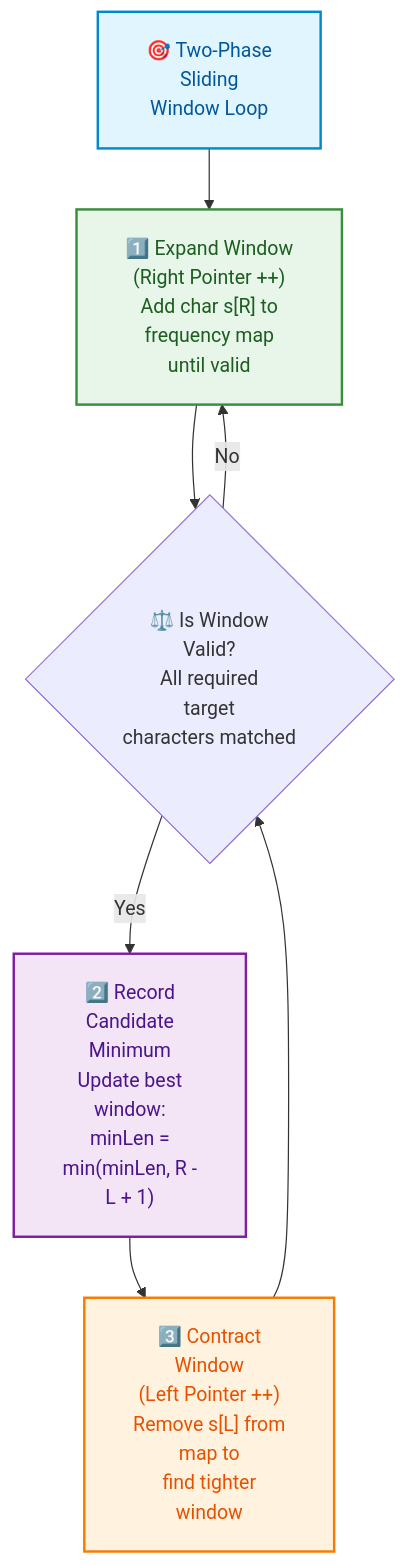
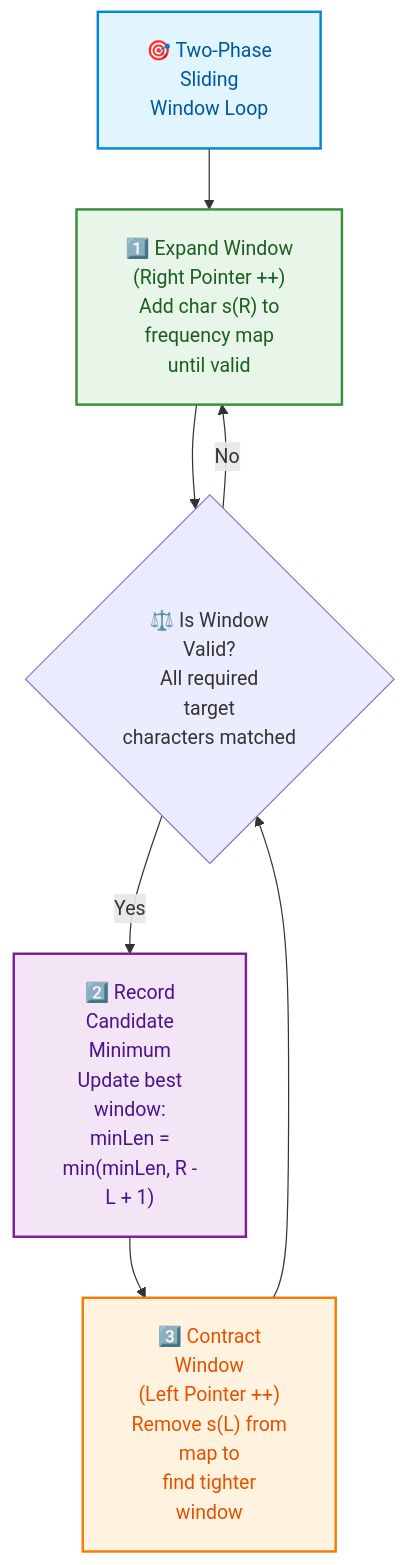
One commit to dip4k/DSA_102 changed the third of 6 diagrams in week_04_core_problem_solving_patterns_i/Week_04_Visual_Concepts_Playbook_HYBRID.md. Above: the diagram before and after it, drawn with Mermaid. The commit also changed other lines of this file and 147 other files, not shown here.

First line of the commit message:
feat(curriculum): enrich Weeks 01-19 instructional modules & resolve repository-wide Mermaid cutoff

````diff
--- a/week_04_core_problem_solving_patterns_i/Week_04_Visual_Concepts_Playbook_HYBRID.md
+++ b/week_04_core_problem_solving_patterns_i/Week_04_Visual_Concepts_Playbook_HYBRID.md
@@ -382,16 +382,16 @@
 ```mermaid
 %%{init: {"flowchart": {"htmlLabels": true, "padding": 20}, "themeCSS": "foreignObject { overflow: visible !important; }"}}%%
 flowchart TD
-    classDef phase fill:#e1f5fe,stroke:#0288d1,color:#01579b,stroke-width:2px;
-    classDef expand fill:#e8f5e9,stroke:#388e3c,color:#1b5e20,stroke-width:2px;
-    classDef contract fill:#fff3e0,stroke:#f57c00,color:#e65100,stroke-width:2px;
-    classDef update fill:#f3e5f5,stroke:#7b1fa2,color:#4a148c,stroke-width:2px;
+    classDef phase fill:#e1f5fe,stroke:#0288d1,color:#01579b,stroke-width:2px
+    classDef expand fill:#e8f5e9,stroke:#388e3c,color:#1b5e20,stroke-width:2px
+    classDef contract fill:#fff3e0,stroke:#f57c00,color:#e65100,stroke-width:2px
+    classDef update fill:#f3e5f5,stroke:#7b1fa2,color:#4a148c,stroke-width:2px
 
     S["🎯 Two-Phase<br/>Sliding<br/>Window Loop"]:::phase
-    S --> E["1️⃣ Expand Window<br/>(Right Pointer ++)<br/>Add char s[R] to<br/>frequency map<br/>until valid"]:::expand
+    S --> E["1️⃣ Expand Window<br/>(Right Pointer ++)<br/>Add char s(R) to<br/>frequency map<br/>until valid"]:::expand
     E --> C{"⚖️ Is Window<br/>Valid?<br/>All required<br/>target<br/>characters matched"}
     C -->|No| E
     C -->|Yes| U["2️⃣ Record<br/>Candidate<br/>Minimum<br/>Update best<br/>window:<br/>minLen =<br/>min(minLen, R -<br/>L + 1)"]:::update
-    U --> K["3️⃣ Contract<br/>Window<br/>(Left Pointer ++)<br/>Remove s[L] from<br/>map to<br/>find tighter<br/>window"]:::contract
+    U --> K["3️⃣ Contract<br/>Window<br/>(Left Pointer ++)<br/>Remove s(L) from<br/>map to<br/>find tighter<br/>window"]:::contract
     K --> C
 ```
````
